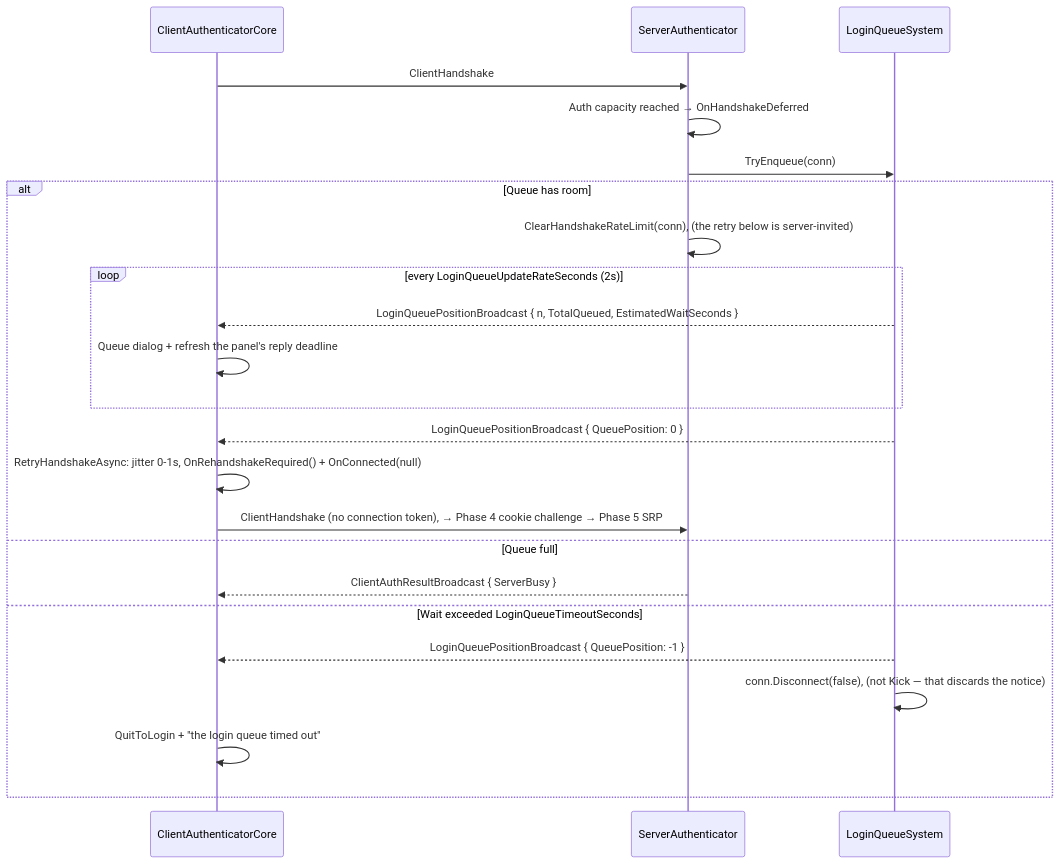
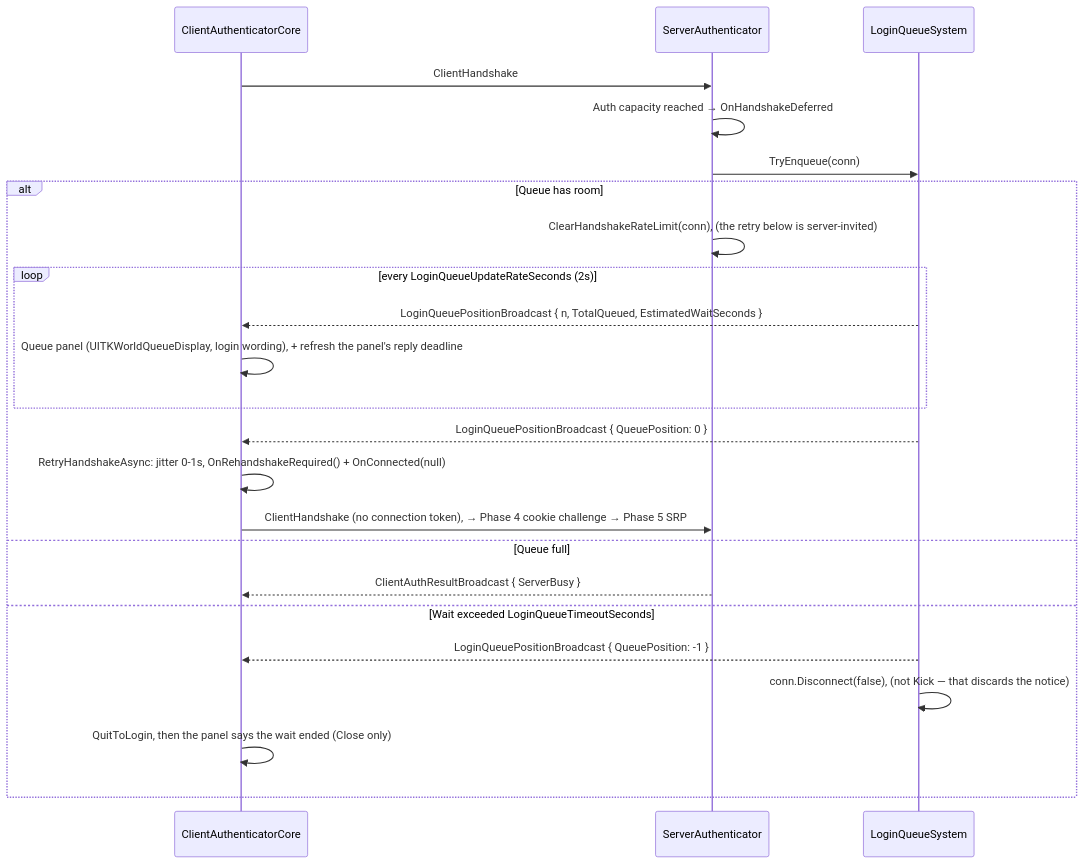
Before and after one commit to jimdroberts/FishMMO: the sixth of 14 diagrams in CONNECTION_PIPELINE.md, drawn with Mermaid. The commit also changed other lines of this file and 680 other files, not shown here.

````diff
--- a/CONNECTION_PIPELINE.md
+++ b/CONNECTION_PIPELINE.md
@@ -427,27 +435,27 @@
 ```mermaid
 sequenceDiagram
     participant Client as ClientAuthenticatorCore
     participant Auth as ServerAuthenticator
     participant Queue as LoginQueueSystem
 
     Client->>Auth: ClientHandshake
     Auth->>Auth: Auth capacity reached → OnHandshakeDeferred
     Auth->>Queue: TryEnqueue(conn)
 
     alt Queue has room
         Auth->>Auth: ClearHandshakeRateLimit(conn), (the retry below is server-invited)
         loop every LoginQueueUpdateRateSeconds (2s)
             Queue-->>Client: LoginQueuePositionBroadcast { n, TotalQueued, EstimatedWaitSeconds }
-            Client->>Client: Queue dialog + refresh the panel's reply deadline
+            Client->>Client: Queue panel (UITKWorldQueueDisplay, login wording), + refresh the panel's reply deadline
         end
         Queue-->>Client: LoginQueuePositionBroadcast { QueuePosition: 0 }
         Client->>Client: RetryHandshakeAsync: jitter 0-1s, OnRehandshakeRequired() + OnConnected(null)
         Client->>Auth: ClientHandshake (no connection token), → Phase 4 cookie challenge → Phase 5 SRP
     else Queue full
         Auth-->>Client: ClientAuthResultBroadcast { ServerBusy }
     else Wait exceeded LoginQueueTimeoutSeconds
         Queue-->>Client: LoginQueuePositionBroadcast { QueuePosition: -1 }
         Queue->>Queue: conn.Disconnect(false), (not Kick — that discards the notice)
-        Client->>Client: QuitToLogin + "the login queue timed out"
+        Client->>Client: QuitToLogin, then the panel says the wait ended (Close only)
     end
 ```
````
